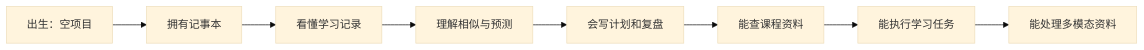
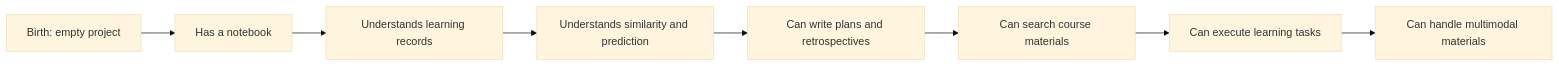
The diagram in docs/intro/story-quest-line.md (oudbiao/AI-fullstack-course), drawn with Mermaid (base theme) before and after one commit. The commit also changed other lines of this file and 1406 other files, not shown here.

````diff
--- a/docs/intro/story-quest-line.md
+++ b/docs/intro/story-quest-line.md
@@ -25,10 +25,10 @@
 ```mermaid
 flowchart LR
-  A[出生：空项目] --> B[拥有记事本]
-  B --> C[看懂学习记录]
-  C --> D[理解相似与预测]
-  D --> E[会写计划和复盘]
-  E --> F[能查课程资料]
-  F --> G[能执行学习任务]
-  G --> H[能处理多模态资料]
+  A[Birth: empty project] --> B[Has a notebook]
+  B --> C[Understands learning records]
+  C --> D[Understands similarity and prediction]
+  D --> E[Can write plans and retrospectives]
+  E --> F[Can search course materials]
+  F --> G[Can execute learning tasks]
+  G --> H[Can handle multimodal materials]
 ```
````
